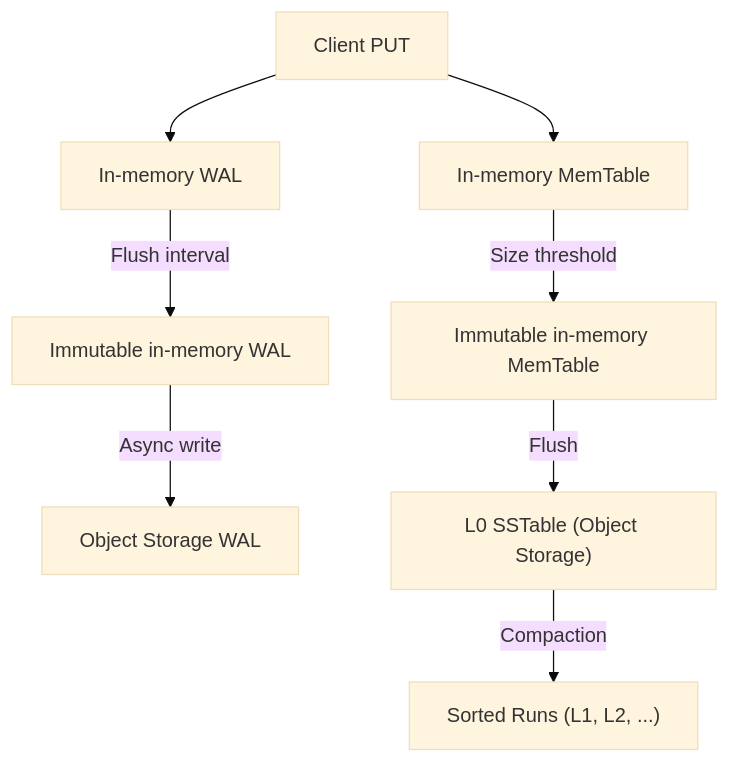
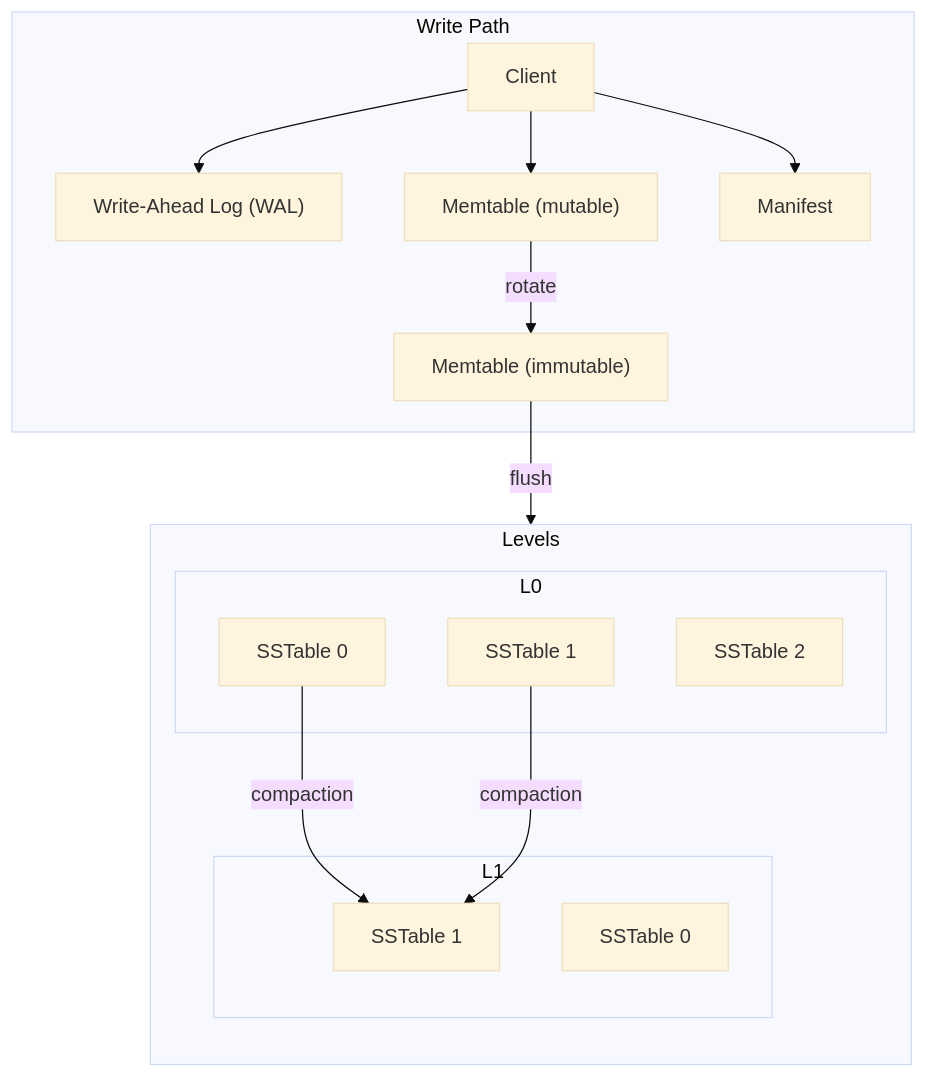
Before and after one commit to slatedb/slatedb: the diagram in website/src/content/docs/docs/design/overview.mdx, drawn with Mermaid (base theme). The commit also changed other lines of this file and 1 other file, not shown here.

Commit message:
Add file writeup

````diff
--- a/website/src/content/docs/docs/design/overview.mdx
+++ b/website/src/content/docs/docs/design/overview.mdx
@@ -12,10 +14,28 @@
 ```mermaid
 flowchart TD
-    A[Client PUT] --> B[In-memory WAL]
-    B -->|Flush interval| C[Immutable in-memory WAL]
-    C -->|Async write| D[Object Storage WAL]
-    A --> E[In-memory MemTable]
-    E -->|Size threshold| F[Immutable in-memory MemTable]
-    F -->|Flush| G["L0 SSTable (Object Storage)"]
-    G -->|Compaction| H["Sorted Runs (L1, L2, ...)"]
+  %% High-level LSM components
+
+  subgraph Levels
+    direction TB
+    subgraph L0 [L0]
+      L0_SST2["SSTable 2"]
+      L0_SST1["SSTable 1"]
+      L0_SST0["SSTable 0"]
+    end
+    subgraph L1 [L1]
+      L1_SST1["SSTable 1"]
+      L1_SST0["SSTable 0"]
+    end
+  end
+
+  subgraph Write Path
+    C[Client] --> WAL["Write-Ahead Log (WAL)"]
+    C --> MT["Memtable (mutable)"]
+    C --> MANIFEST["Manifest"]
+    MT -->|rotate| IMT["Memtable (immutable)"]
+    IMT -->|flush| L0_SST2
+  end
+
+  L0_SST0 -->|compaction| L1_SST1
+  L0_SST1 -->|compaction| L1_SST1
 ```
````
